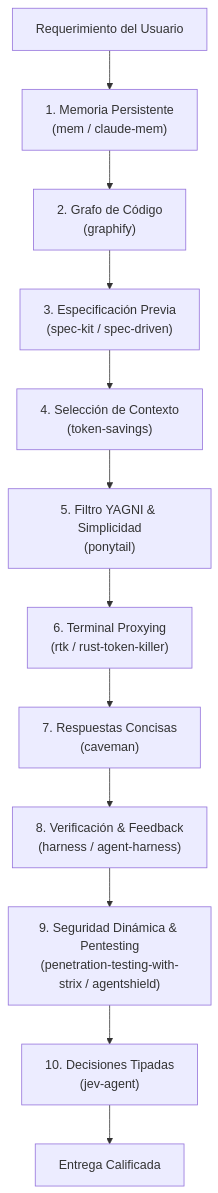
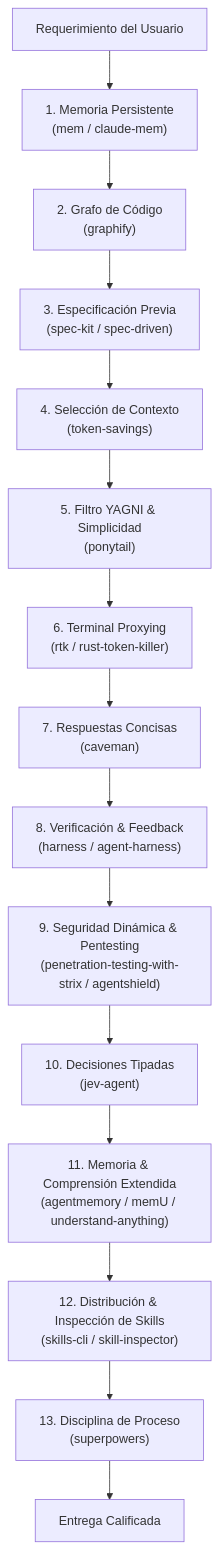
The diagram in docs/CORE-EXECUTION-SUITE.md (camilolealdev/superduperskills), drawn with Mermaid before and after one commit. The commit also changed other lines of this file and 613 other files, not shown here.

````diff
--- a/docs/CORE-EXECUTION-SUITE.md
+++ b/docs/CORE-EXECUTION-SUITE.md
@@ -17,14 +17,17 @@
 ```mermaid
 flowchart TD
     Start["Requerimiento del Usuario"] --> Mem["1. Memoria Persistente<br>(mem / claude-mem)"]
     Mem --> Graphify["2. Grafo de Código<br>(graphify)"]
     Graphify --> SpecKit["3. Especificación Previa<br>(spec-kit / spec-driven)"]
     SpecKit --> TokenSav["4. Selección de Contexto<br>(token-savings)"]
     TokenSav --> Ponytail["5. Filtro YAGNI & Simplicidad<br>(ponytail)"]
     Ponytail --> RTK["6. Terminal Proxying<br>(rtk / rust-token-killer)"]
     RTK --> Caveman["7. Respuestas Concisas<br>(caveman)"]
     Caveman --> Harness["8. Verificación & Feedback<br>(harness / agent-harness)"]
     Harness --> Security["9. Seguridad Dinámica & Pentesting<br>(penetration-testing-with-strix / agentshield)"]
     Security --> Jev["10. Decisiones Tipadas<br>(jev-agent)"]
-    Jev --> Done["Entrega Calificada"]
+    Jev --> Ext["11. Memoria & Comprensión Extendida<br>(agentmemory / memU / understand-anything)"]
+    Ext --> Dist["12. Distribución & Inspección de Skills<br>(skills-cli / skill-inspector)"]
+    Dist --> Proc["13. Disciplina de Proceso<br>(superpowers)"]
+    Proc --> Done["Entrega Calificada"]
 ```
````
